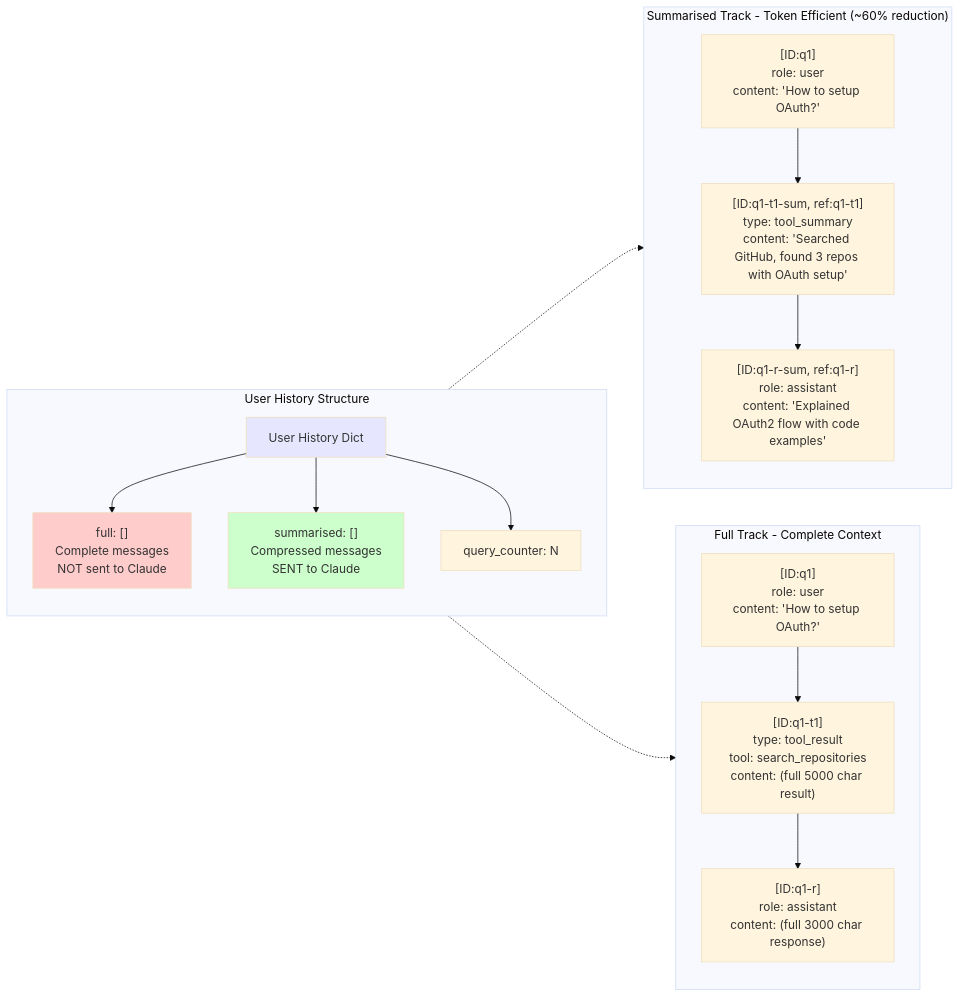
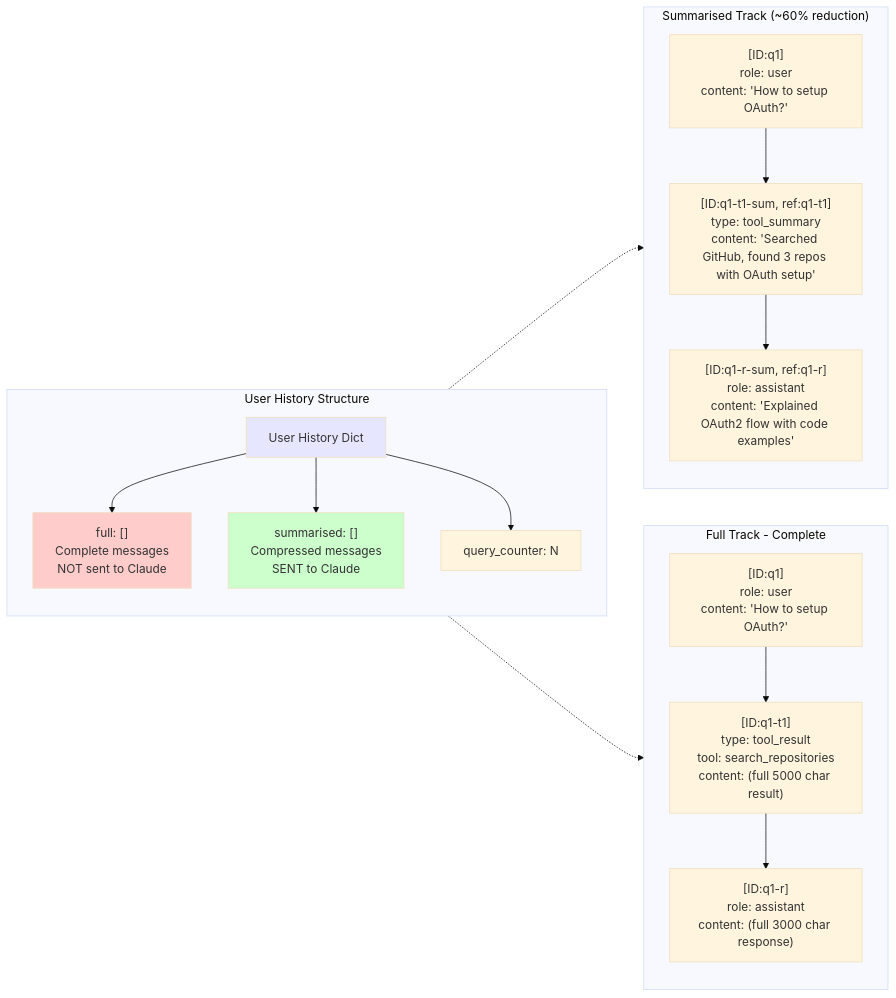
The third of 7 diagrams in TOOL_ORCHESTRATION_FLOW.md (Suraj198-creator/Kler), drawn with Mermaid (base theme) before and after one commit.

````diff
--- a/TOOL_ORCHESTRATION_FLOW.md
+++ b/TOOL_ORCHESTRATION_FLOW.md
@@ -149,39 +149,39 @@
 ```mermaid
 graph LR
     subgraph "User History Structure"
         direction TB
         History[User History Dict]
         Full["full: []<br/>Complete messages<br/>NOT sent to Claude"]
         Summarised["summarised: []<br/>Compressed messages<br/>SENT to Claude"]
         Counter[query_counter: N]
 
         History --> Full
         History --> Summarised
         History --> Counter
     end
 
-    subgraph "Full Track - Complete Context"
+    subgraph "Full Track - Complete"
         direction TB
         F1["[ID:q1]<br/>role: user<br/>content: 'How to setup OAuth?'"]
         F2["[ID:q1-t1]<br/>type: tool_result<br/>tool: search_repositories<br/>content: (full 5000 char result)"]
         F3["[ID:q1-r]<br/>role: assistant<br/>content: (full 3000 char response)"]
 
         F1 --> F2 --> F3
     end
 
-    subgraph "Summarised Track - Token Efficient (~60% reduction)"
+    subgraph "Summarised Track (~60% reduction)"
         direction TB
         S1["[ID:q1]<br/>role: user<br/>content: 'How to setup OAuth?'"]
         S2["[ID:q1-t1-sum, ref:q1-t1]<br/>type: tool_summary<br/>content: 'Searched GitHub, found 3 repos with OAuth setup'"]
         S3["[ID:q1-r-sum, ref:q1-r]<br/>role: assistant<br/>content: 'Explained OAuth2 flow with code examples'"]
 
         S1 --> S2 --> S3
     end
 
     Full -.-> F1
     Summarised -.-> S1
 
     style Full fill:#ffcccc
     style Summarised fill:#ccffcc
     style History fill:#e6e6ff
 ```
````
